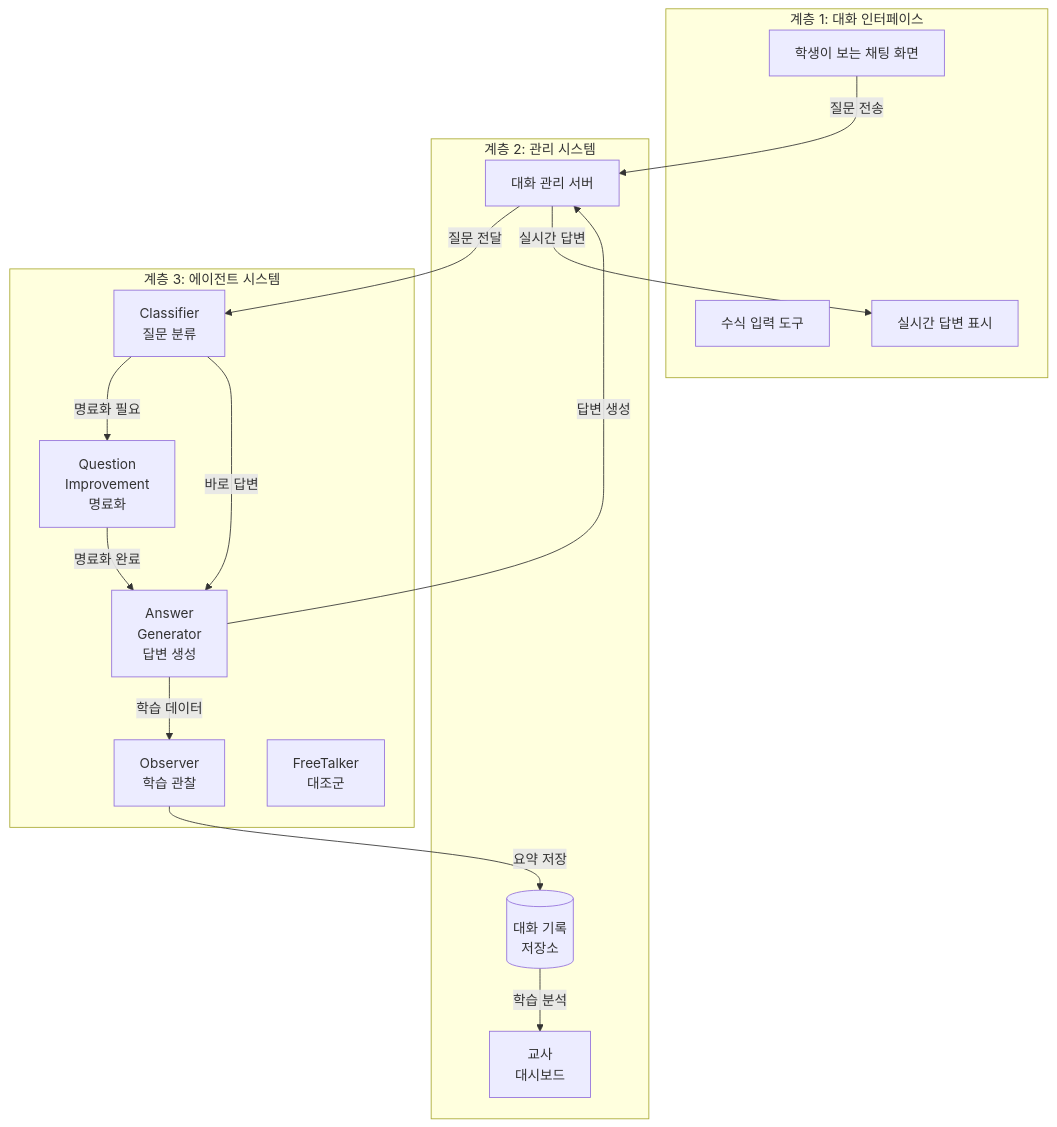
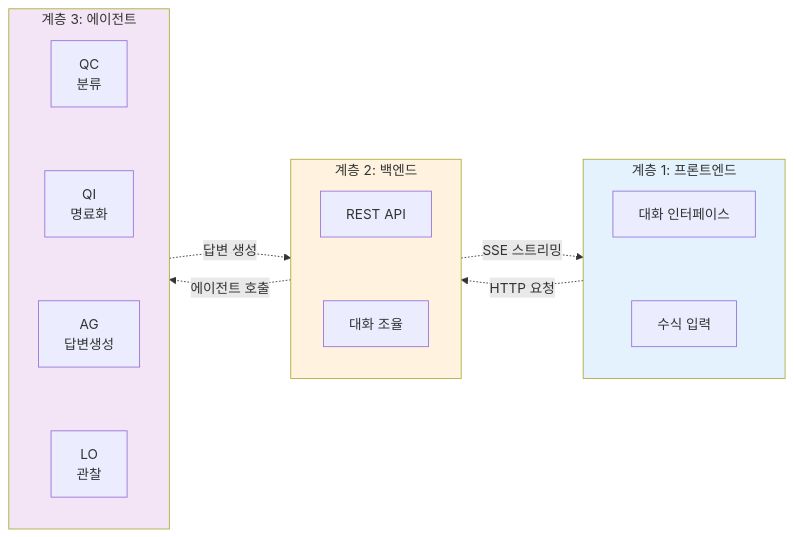
Before and after one commit to KimKyuBong/maice-paper-deploy: the second of 6 diagrams in docs/chapters/03-system-design.md, drawn with Mermaid. The commit also changed other lines of this file and 79 other files, not shown here.

````diff
--- a/docs/chapters/03-system-design.md
+++ b/docs/chapters/03-system-design.md
@@ -125,33 +135,28 @@
 ```mermaid
-flowchart TB
-    subgraph Layer1["계층 1: 대화 인터페이스"]
-        UI[학생이 보는 채팅 화면]
-        MathInput[수식 입력 도구]
-        Streaming[실시간 답변 표시]
+flowchart LR
+    subgraph L1["계층 1: 프론트엔드"]
+        UI[대화 인터페이스]
+        UI ~~~ Math[수식 입력]
     end
     
-    subgraph Layer2["계층 2: 관리 시스템"]
-        API[대화 관리 서버]
-        DB[(대화 기록<br/>저장소)]
-        Dashboard[교사<br/>대시보드]
+    subgraph L2["계층 2: 백엔드"]
+        API[REST API]
+        API ~~~ Orch[대화 조율]
     end
     
-    subgraph Layer3["계층 3: 에이전트 시스템"]
-        Classifier[Classifier<br/>질문 분류]
-        QI[Question<br/>Improvement<br/>명료화]
-        AG[Answer<br/>Generator<br/>답변 생성]
-        Obs[Observer<br/>학습 관찰]
-        FT[FreeTalker<br/>대조군]
+    subgraph L3["계층 3: 에이전트"]
+        QC[QC<br/>분류]
+        QC ~~~ QI[QI<br/>명료화]
+        QI ~~~ AG[AG<br/>답변생성]
+        AG ~~~ LO[LO<br/>관찰]
     end
     
-    UI -->|질문 전송| API
-    API -->|질문 전달| Classifier
-    Classifier -->|명료화 필요| QI
-    Classifier -->|바로 답변| AG
-    QI -->|명료화 완료| AG
-    AG -->|답변 생성| API
-    AG -->|학습 데이터| Obs
-    Obs -->|요약 저장| DB
-    API -->|실시간 답변| Streaming
-    DB -->|학습 분석| Dashboard
+    L1 -.->|HTTP 요청| L2
+    L2 -.->|에이전트 호출| L3
+    L3 -.->|답변 생성| L2
+    L2 -.->|SSE 스트리밍| L1
+    
+    style L1 fill:#E3F2FD
+    style L2 fill:#FFF3E0
+    style L3 fill:#F3E5F5
 ```
````
